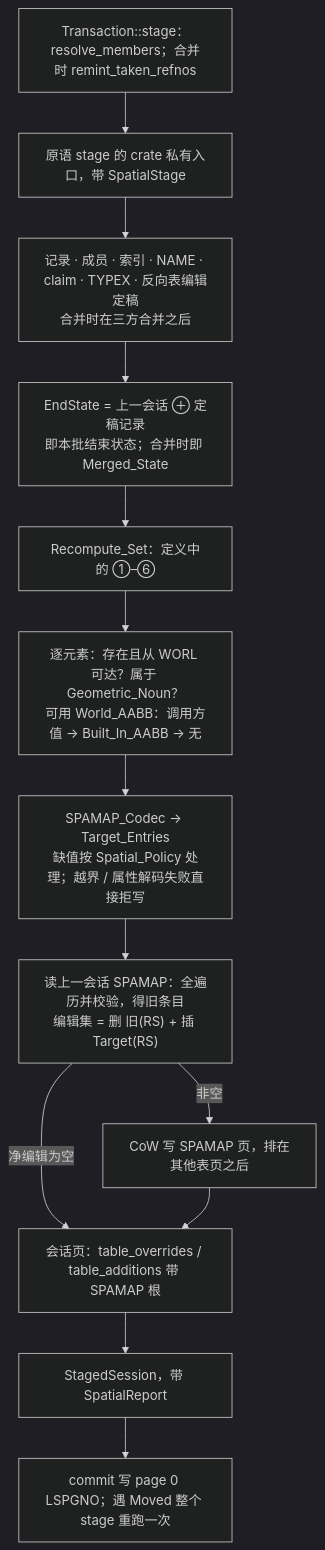
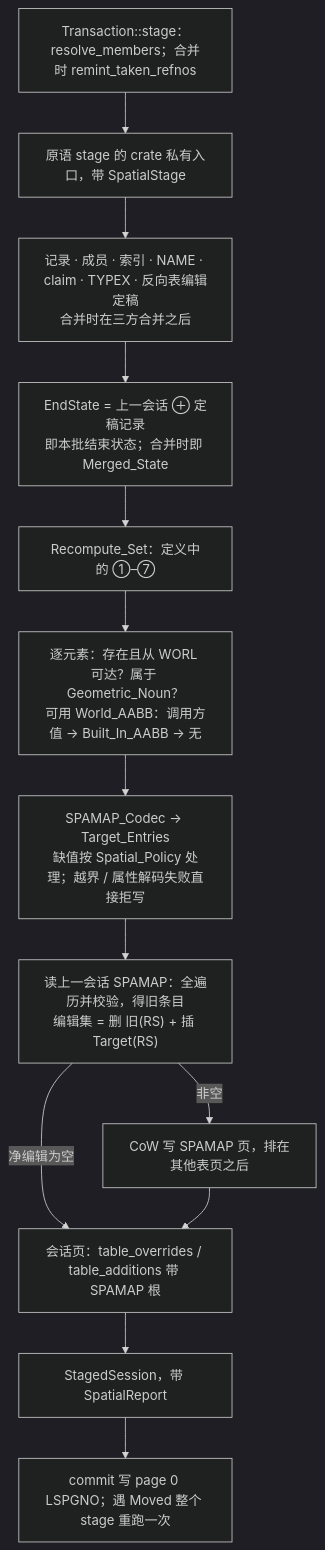
One commit to happyrust/e3d-io changed the second of 2 diagrams in .kiro/specs/write-path-phase-3/design.md. Above: the diagram before and after it, drawn with Mermaid (dark theme). The commit also changed other lines of this file and 4 other files, not shown here.

````diff
--- a/.kiro/specs/write-path-phase-3/design.md
+++ b/.kiro/specs/write-path-phase-3/design.md
@@ -51,15 +51,15 @@
 ```mermaid
 flowchart TD
   A["Transaction::stage：resolve_members；合并时 remint_taken_refnos"] --> B["原语 stage 的 crate 私有入口，带 SpatialStage"]
   B --> C["记录 · 成员 · 索引 · NAME · claim · TYPEX · 反向表编辑定稿<br/>合并时在三方合并之后"]
   C --> D["EndState = 上一会话 ⊕ 定稿记录<br/>即本批结束状态；合并时即 Merged_State"]
-  D --> E["Recompute_Set：定义中的 ①–⑥"]
+  D --> E["Recompute_Set：定义中的 ①–⑦"]
   E --> F["逐元素：存在且从 WORL 可达？属于 Geometric_Noun？<br/>可用 World_AABB：调用方值 → Built_In_AABB → 无"]
   F --> G["SPAMAP_Codec → Target_Entries<br/>缺值按 Spatial_Policy 处理；越界 / 属性解码失败直接拒写"]
   G --> H["读上一会话 SPAMAP：全遍历并校验，得旧条目<br/>编辑集 = 删 旧(RS) + 插 Target(RS)"]
   H -->|净编辑为空| J
   H -->|非空| I["CoW 写 SPAMAP 页，排在其他表页之后"]
   I --> J["会话页：table_overrides / table_additions 带 SPAMAP 根"]
   J --> K["StagedSession，带 SpatialReport"]
   K --> L["commit 写 page 0 LSPGNO；遇 Moved 整个 stage 重跑一次"]
 ```
````
